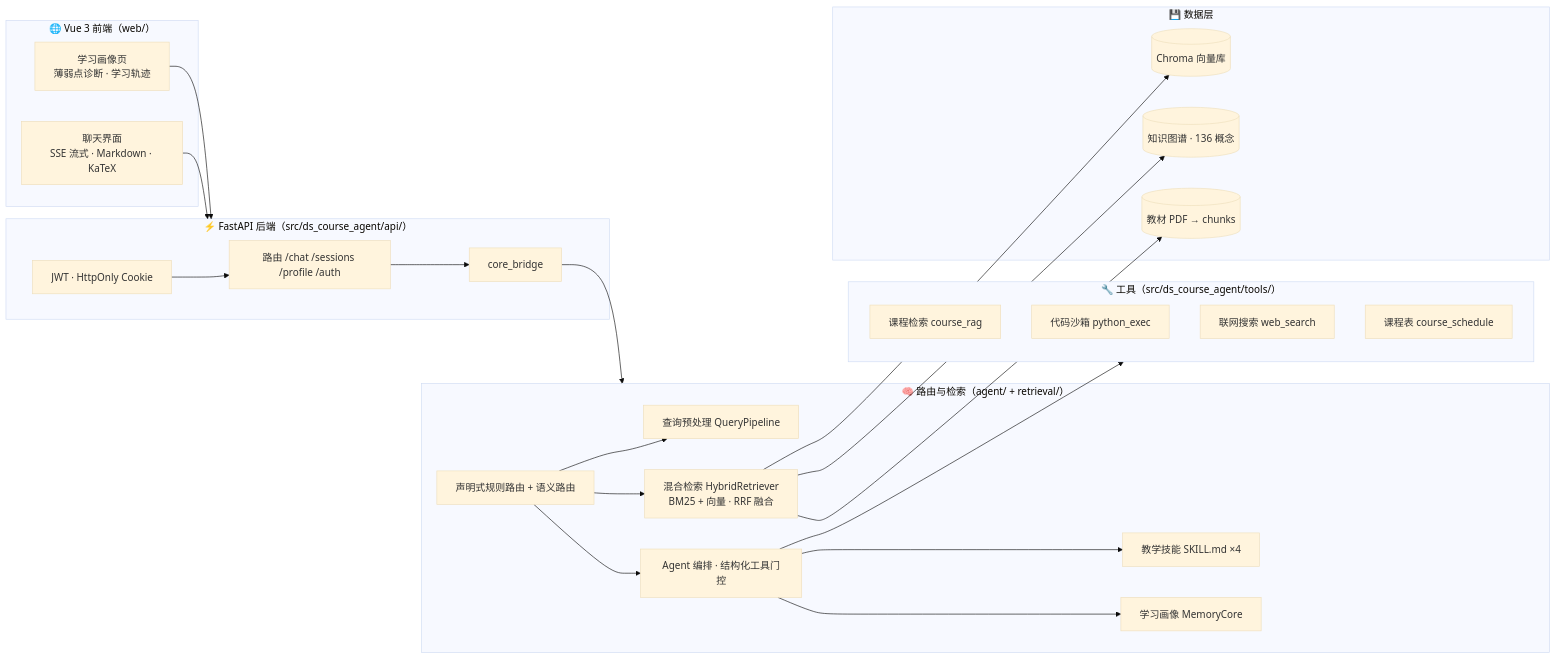
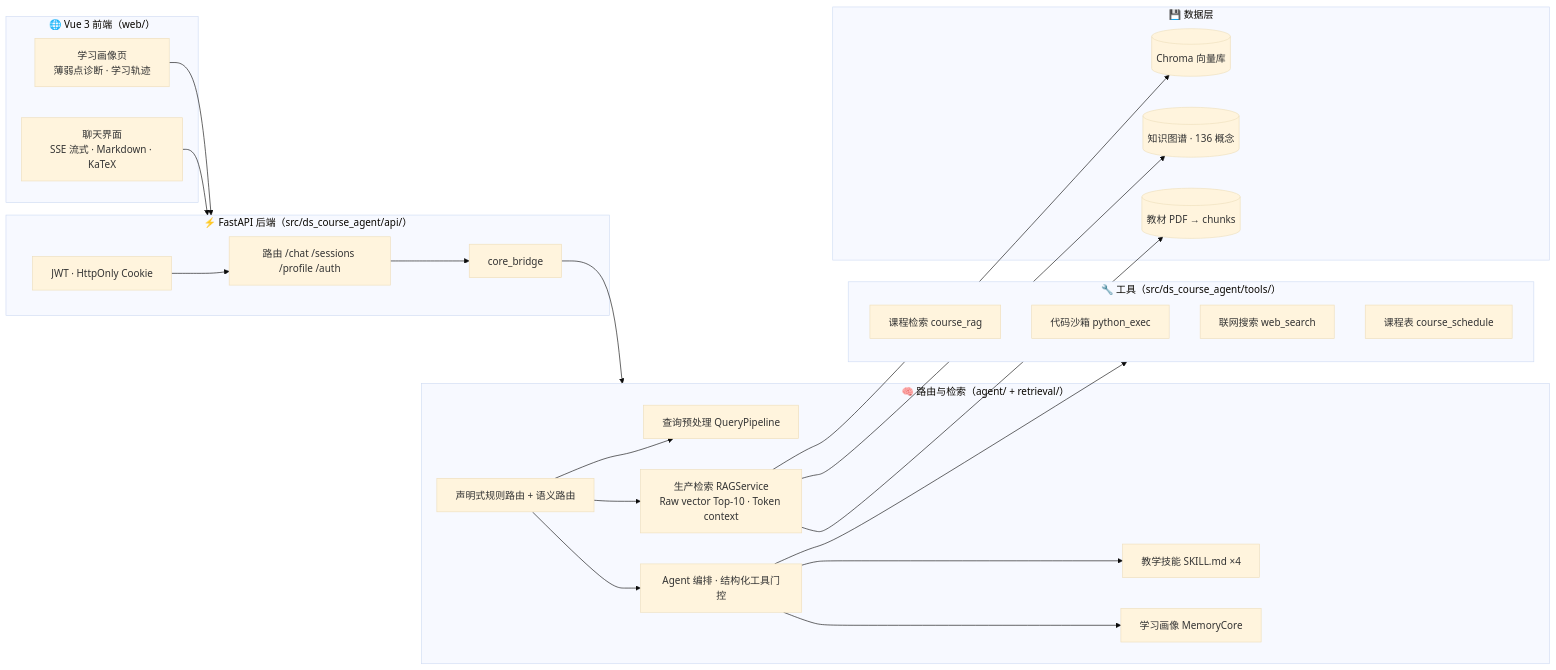
The diagram in README.md (1llusion-ai/ds-course-agent), drawn with Mermaid (base theme) before and after one commit. The commit also changed other lines of this file and 19 other files, not shown here.

````diff
--- a/README.md
+++ b/README.md
@@ -110,50 +111,50 @@
 ```mermaid
 flowchart LR
     subgraph FE["🌐 Vue 3 前端（web/）"]
         UI["聊天界面<br/>SSE 流式 · Markdown · KaTeX"]
         PF["学习画像页<br/>薄弱点诊断 · 学习轨迹"]
     end
 
     subgraph API["⚡ FastAPI 后端（src/ds_course_agent/api/）"]
         RT["路由 /chat /sessions /profile /auth"]
         AUTH["JWT · HttpOnly Cookie"]
         BRIDGE["core_bridge"]
     end
 
     subgraph RAG["🧠 路由与检索（agent/ + retrieval/）"]
         QP["查询预处理 QueryPipeline"]
         ROUTER["声明式规则路由 + 语义路由"]
-        RETR["混合检索 HybridRetriever<br/>BM25 + 向量 · RRF 融合"]
+        RETR["生产检索 RAGService<br/>Raw vector Top-10 · Token context"]
         AGENT["Agent 编排 · 结构化工具门控"]
         SKILL["教学技能 SKILL.md ×4"]
         MEM["学习画像 MemoryCore"]
     end
 
     subgraph TOOLS["🔧 工具（src/ds_course_agent/tools/）"]
         CRAG["课程检索 course_rag"]
         PEXEC["代码沙箱 python_exec"]
         WSEARCH["联网搜索 web_search"]
         WSCHED["课程表 course_schedule"]
     end
 
     subgraph DATA["💾 数据层"]
         CHROMA[("Chroma 向量库")]
         KG[("知识图谱 · 136 概念")]
         PDF[("教材 PDF → chunks")]
     end
 
     UI --> API
     PF --> API
     AUTH --> RT
     RT --> BRIDGE
     BRIDGE --> RAG
     ROUTER --> QP
     ROUTER --> RETR
     ROUTER --> AGENT
     AGENT --> SKILL
     AGENT --> MEM
     AGENT --> TOOLS
     RETR --> CHROMA
     RETR --> KG
     RETR --> PDF
 ```
````
